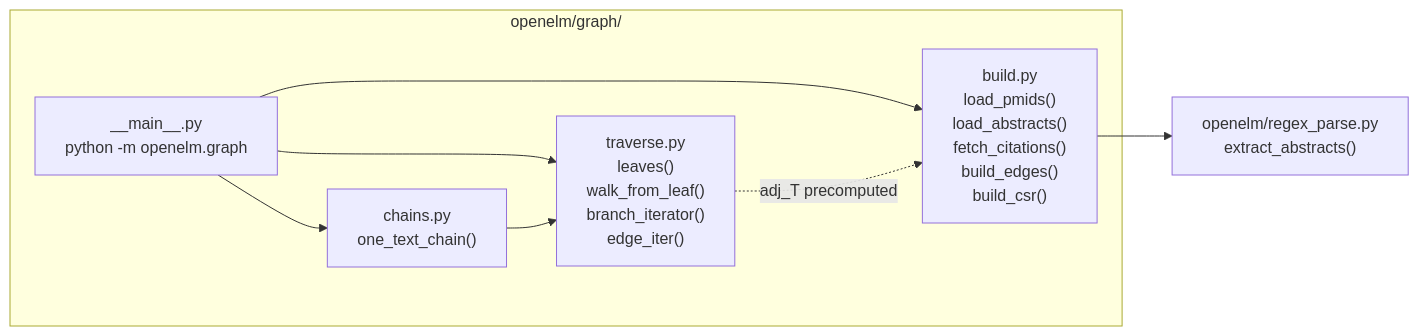
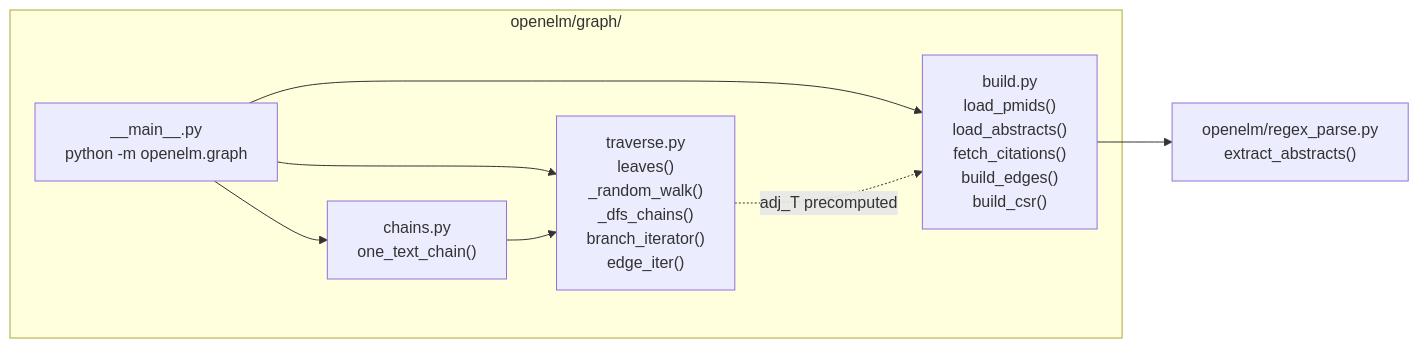
The second of 3 diagrams in architecture.md (BIDS-Xu-Lab/CoreELM), drawn with Mermaid before and after one commit. The commit also changed other lines of this file, not shown here.

First line of the commit message:
update architecture docs with eval pipeline and dataset split details

````diff
--- a/architecture.md
+++ b/architecture.md
@@ -119,33 +126,34 @@
 ```mermaid
 graph LR
     subgraph graph["openelm/graph/"]
         build["build.py
 load_pmids()
 load_abstracts()
 fetch_citations()
 build_edges()
 build_csr()"]
 
         traverse["traverse.py
 leaves()
-walk_from_leaf()
+_random_walk()
+_dfs_chains()
 branch_iterator()
 edge_iter()"]
 
         chains["chains.py
 one_text_chain()"]
 
         main["__main__.py
 python -m openelm.graph"]
     end
 
     regex["openelm/regex_parse.py
 extract_abstracts()"]
 
     main --> build
     main --> traverse
     main --> chains
     traverse -.->|adj_T precomputed| build
     chains --> traverse
     build --> regex
 ```
````
